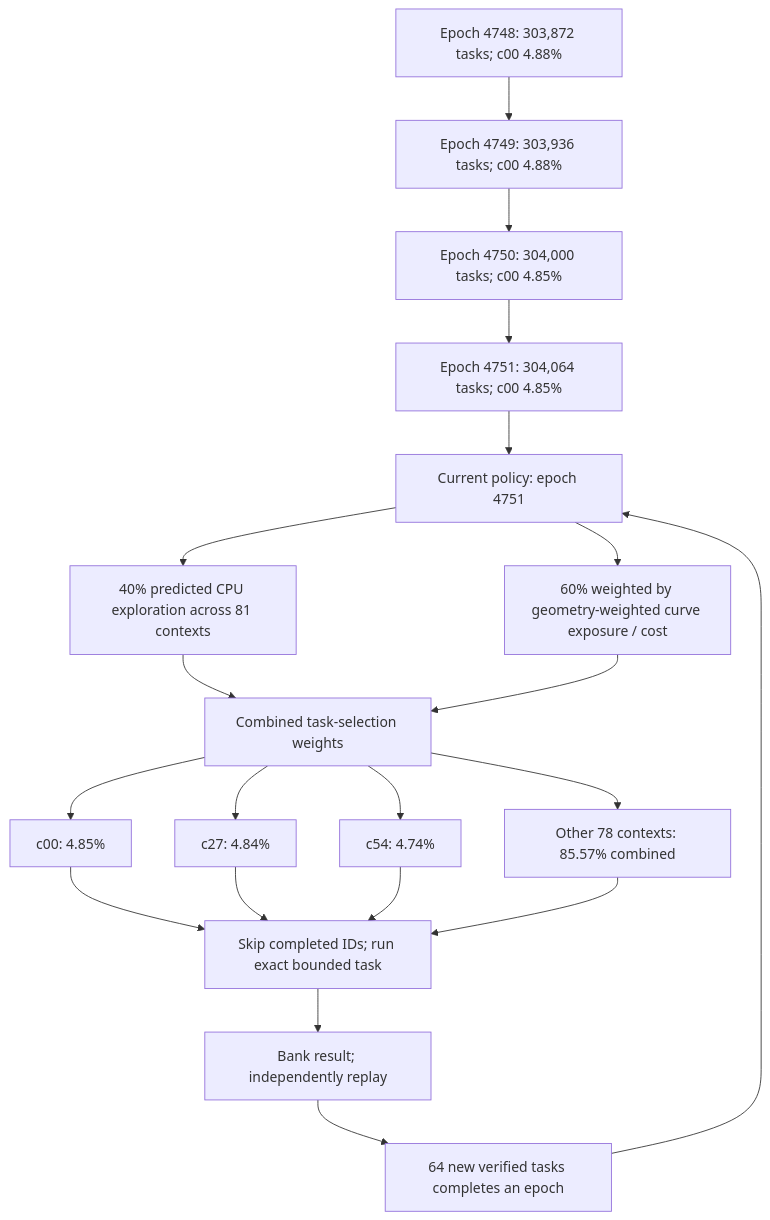
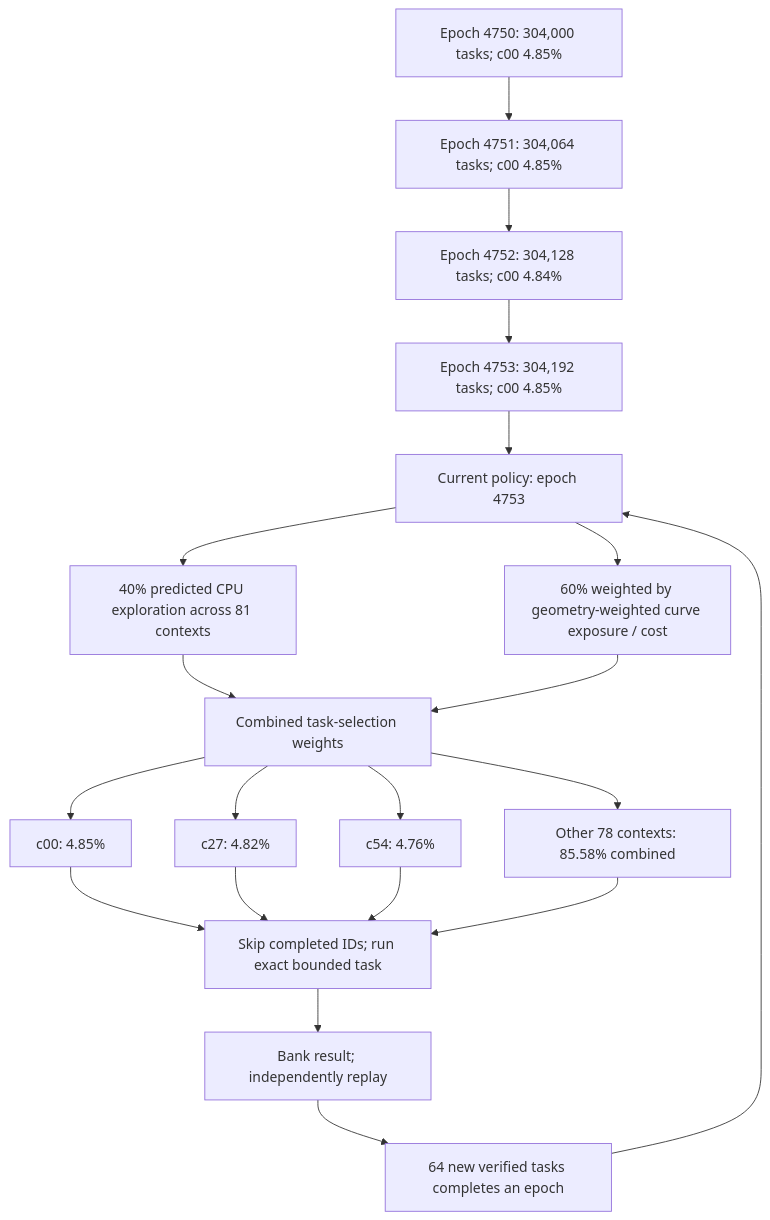
Before and after one commit to Kuberwastaken/math-gambling: the first of 3 diagrams in README.md, drawn with Mermaid. The commit also changed other lines of this file and 250 other files, not shown here.

````diff
--- a/README.md
+++ b/README.md
@@ -60,27 +60,27 @@
 ```mermaid
 flowchart TD
-    H0["Epoch 4748: 303,872 tasks; c00 4.88%"]
-    H1["Epoch 4749: 303,936 tasks; c00 4.88%"]
+    H0["Epoch 4750: 304,000 tasks; c00 4.85%"]
+    H1["Epoch 4751: 304,064 tasks; c00 4.85%"]
     H0 --> H1
-    H2["Epoch 4750: 304,000 tasks; c00 4.85%"]
+    H2["Epoch 4752: 304,128 tasks; c00 4.84%"]
     H1 --> H2
-    H3["Epoch 4751: 304,064 tasks; c00 4.85%"]
+    H3["Epoch 4753: 304,192 tasks; c00 4.85%"]
     H2 --> H3
-    Policy["Current policy: epoch 4751"]
+    Policy["Current policy: epoch 4753"]
     H3 --> Policy
     Policy --> Explore["40% predicted CPU exploration across 81 contexts"]
     Policy --> Cost["60% weighted by geometry-weighted curve exposure / cost"]
     Explore --> Mix["Combined task-selection weights"]
     Cost --> Mix
     Mix --> C0["c00: 4.85%"]
-    Mix --> C1["c27: 4.84%"]
-    Mix --> C2["c54: 4.74%"]
-    Mix --> Rest["Other 78 contexts: 85.57% combined"]
+    Mix --> C1["c27: 4.82%"]
+    Mix --> C2["c54: 4.76%"]
+    Mix --> Rest["Other 78 contexts: 85.58% combined"]
     C0 --> Check["Skip completed IDs; run exact bounded task"]
     C1 --> Check
     C2 --> Check
     Rest --> Check
     Check --> Replay["Bank result; independently replay"]
     Replay --> Gate["64 new verified tasks completes an epoch"]
     Gate --> Policy
 ```
````
